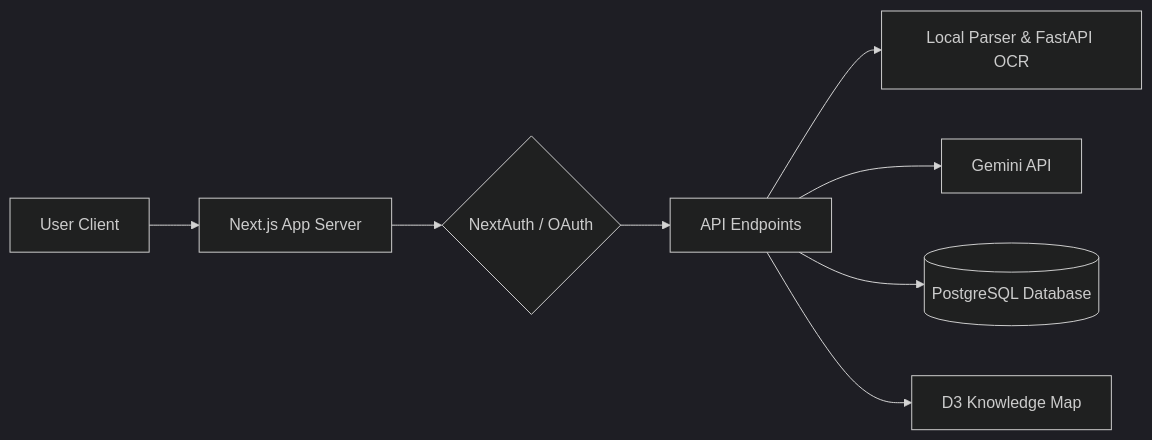
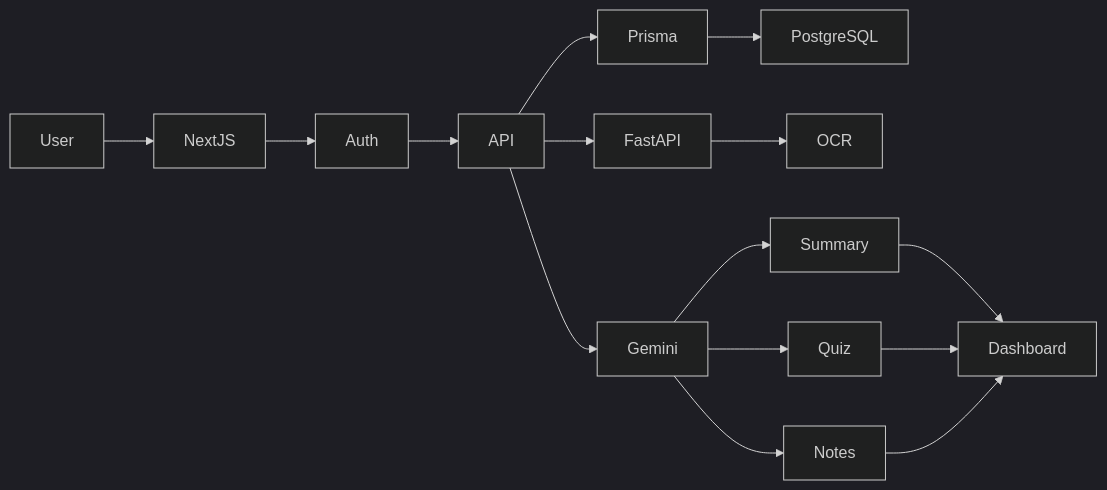
One commit to yash-008-dev/yash-008-dev changed the first of 2 diagrams in README.md. Above: the diagram before and after it, drawn with Mermaid (dark theme). The commit also changed other lines of this file, not shown here.

````diff
--- a/README.md
+++ b/README.md
@@ -51,10 +30,21 @@
 ```mermaid
 flowchart LR
-    Client[User Client] --> App[Next.js App Server]
-    App --> Auth{NextAuth / OAuth}
-    Auth --> API[API Endpoints]
-    API --> Parsers[Local Parser & FastAPI OCR]
-    API --> Gemini[Gemini API]
-    API --> DB[(PostgreSQL Database)]
-    API --> Visual[D3 Knowledge Map]
+
+User --> NextJS
+NextJS --> Auth
+Auth --> API
+API --> Prisma
+Prisma --> PostgreSQL
+
+API --> FastAPI
+FastAPI --> OCR
+
+API --> Gemini
+Gemini --> Summary
+Gemini --> Quiz
+Gemini --> Notes
+
+Summary --> Dashboard
+Quiz --> Dashboard
+Notes --> Dashboard
 ```
````
